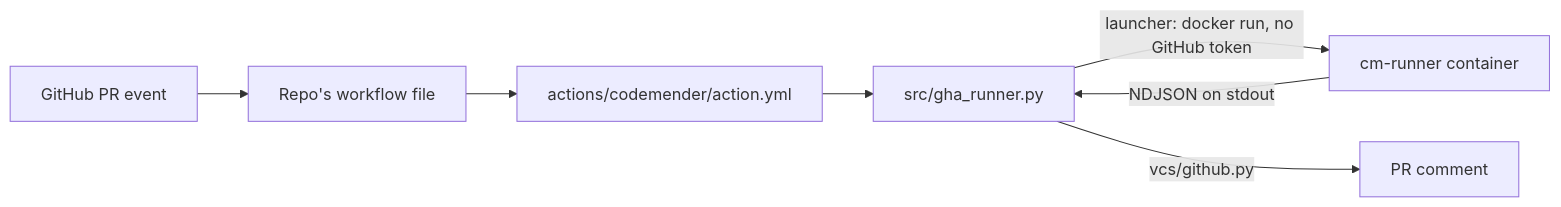
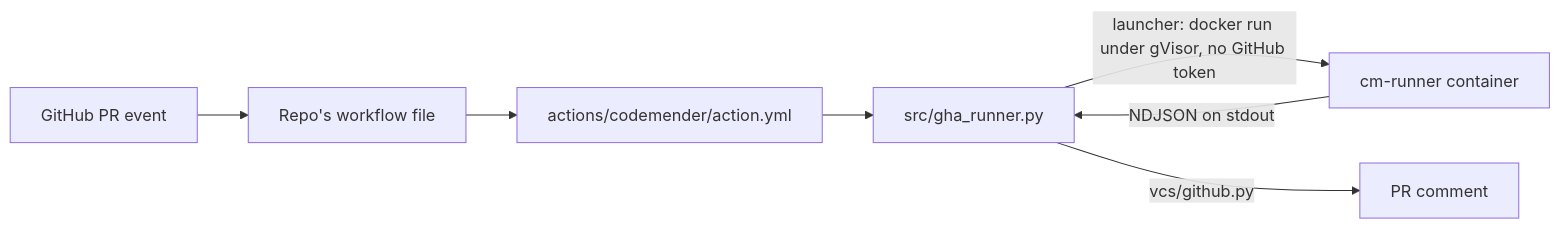
Before and after one commit to avnit/codemender-runner-mcp: the diagram in github-actions/README.md, drawn with Mermaid. The commit also changed other lines of this file and 12 other files, not shown here.

First line of the commit message:
Running `codemender-runner` in a gVisor Docker container (#27)

````diff
--- a/github-actions/README.md
+++ b/github-actions/README.md
@@ -13,9 +13,9 @@
 ```mermaid
 flowchart LR
     gh["GitHub PR event"] --> wf["Repo's workflow file"]
     wf --> action["actions/codemender/action.yml"]
     action --> runner["src/gha_runner.py"]
-    runner -->|"launcher: docker run, no GitHub token"| cm["cm-runner container"]
+    runner -->|"launcher: docker run under gVisor, no GitHub token"| cm["cm-runner container"]
     cm -->|"NDJSON on stdout"| runner
     runner -->|"vcs/github.py"| pr["PR comment"]
 ```
````
